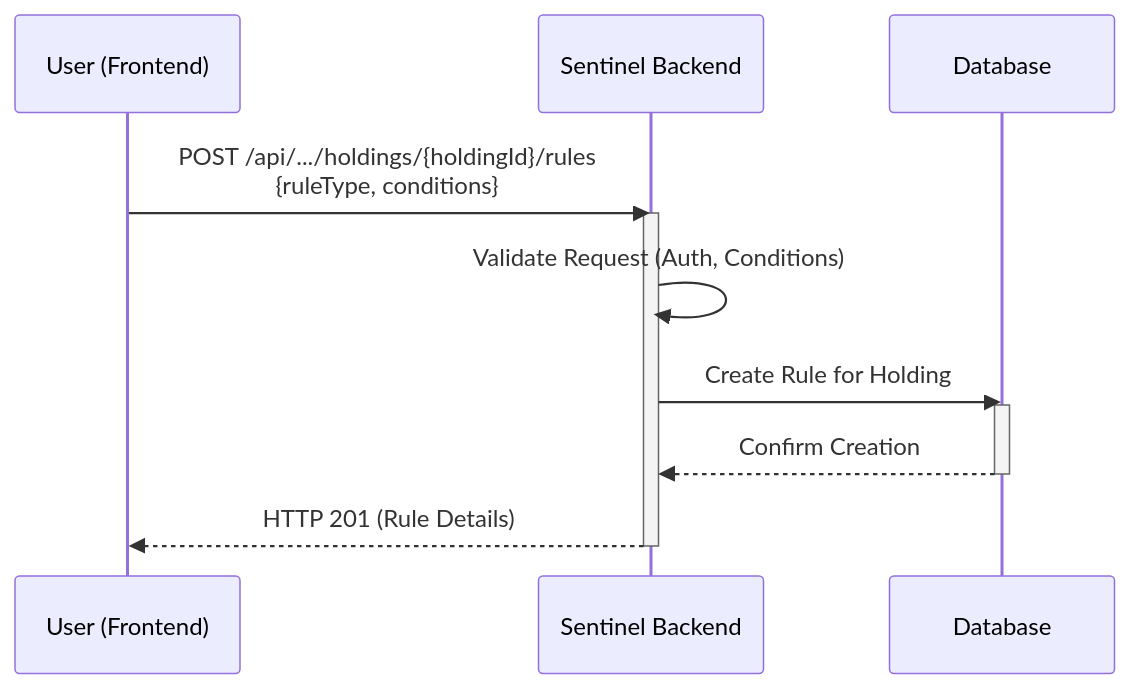
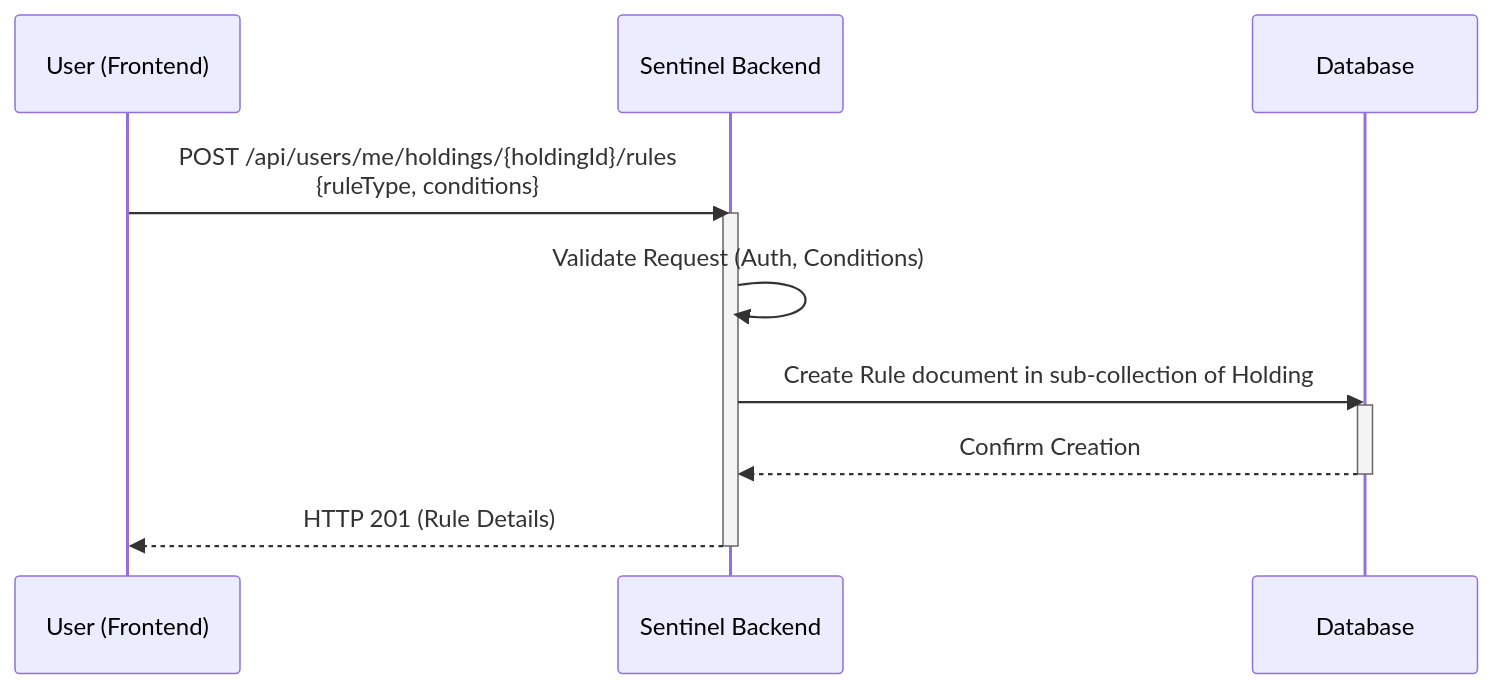
Before and after one commit to enzhao/Sentinel: diagram 11 of 17 in product_spec.md, drawn with Mermaid. The commit also changed other lines of this file, not shown here.

First line of the commit message:
docs(spec): refactor holding as top-level entity

````diff
--- a/product_spec.md
+++ b/product_spec.md
@@ -774,15 +878,15 @@
 ```mermaid
 sequenceDiagram
     participant User as User (Frontend)
     participant Sentinel as Sentinel Backend
     participant DB as Database
-    User->>Sentinel: POST /api/.../holdings/{holdingId}/rules <br> {ruleType, conditions}
+    User->>Sentinel: POST /api/users/me/holdings/{holdingId}/rules <br> {ruleType, conditions}
     activate Sentinel
     Sentinel->>Sentinel: Validate Request (Auth, Conditions)
-    Sentinel->>DB: Create Rule for Holding
+    Sentinel->>DB: Create Rule document in sub-collection of Holding
     activate DB
     DB-->>Sentinel: Confirm Creation
     deactivate DB
     Sentinel-->>User: HTTP 201 (Rule Details)
     deactivate Sentinel
 ```
````
